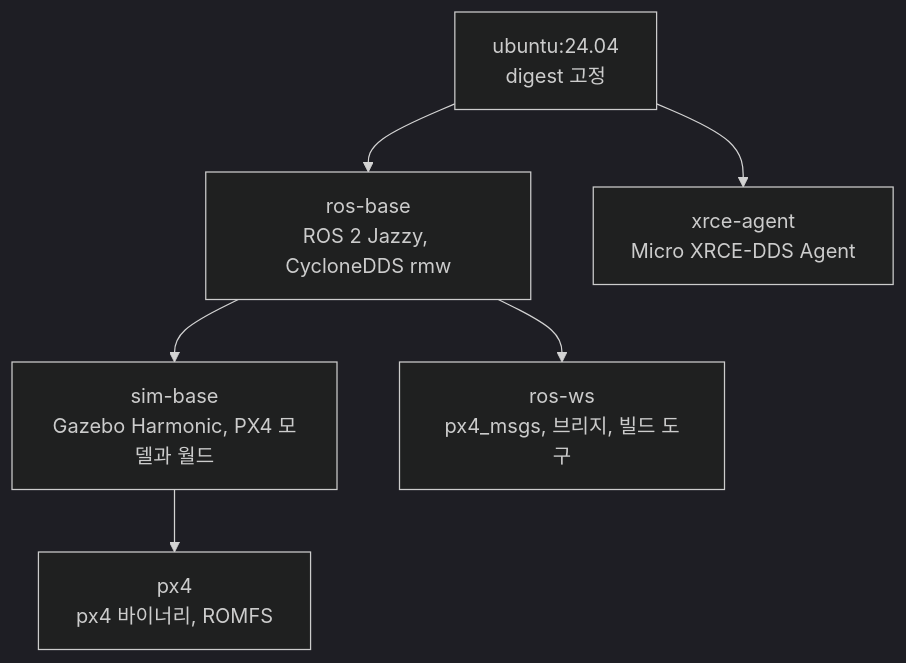
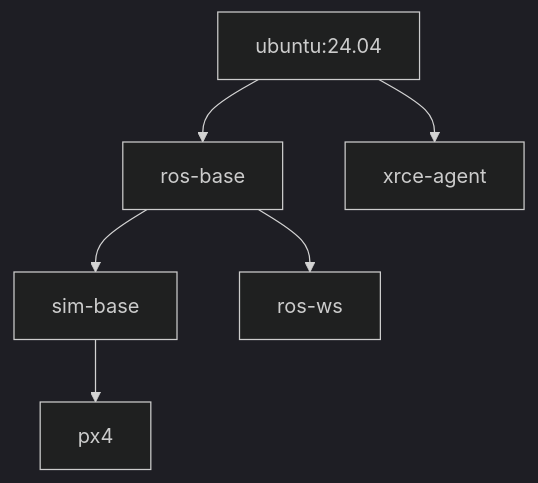
Before and after one commit to danielhongwoo/idsim: the eighth of 8 diagrams in docs/architecture.md, drawn with Mermaid (dark theme). The commit also changed other lines of this file and 1 other file, not shown here.

First line of the commit message:
architecture.md의 모든 그림을 더 작은 기준으로 다시 나눔

````diff
--- a/docs/architecture.md
+++ b/docs/architecture.md
@@ -402,15 +386,15 @@
 ```mermaid
 flowchart TB
-  UB["ubuntu:24.04<br/>digest 고정"]
-  RB["ros-base<br/>ROS 2 Jazzy, CycloneDDS rmw"]
-  SB["sim-base<br/>Gazebo Harmonic, PX4 모델과 월드"]
-  PXI["px4<br/>px4 바이너리, ROMFS"]
-  WS["ros-ws<br/>px4_msgs, 브리지, 빌드 도구"]
-  XA["xrce-agent<br/>Micro XRCE-DDS Agent"]
+  UB["ubuntu:24.04"]
+  RB["ros-base"]
+  SB["sim-base"]
+  PXI["px4"]
+  WS["ros-ws"]
+  XA["xrce-agent"]
 
   UB --> RB
   RB --> SB
   SB --> PXI
   RB --> WS
   UB --> XA
 ```
````
